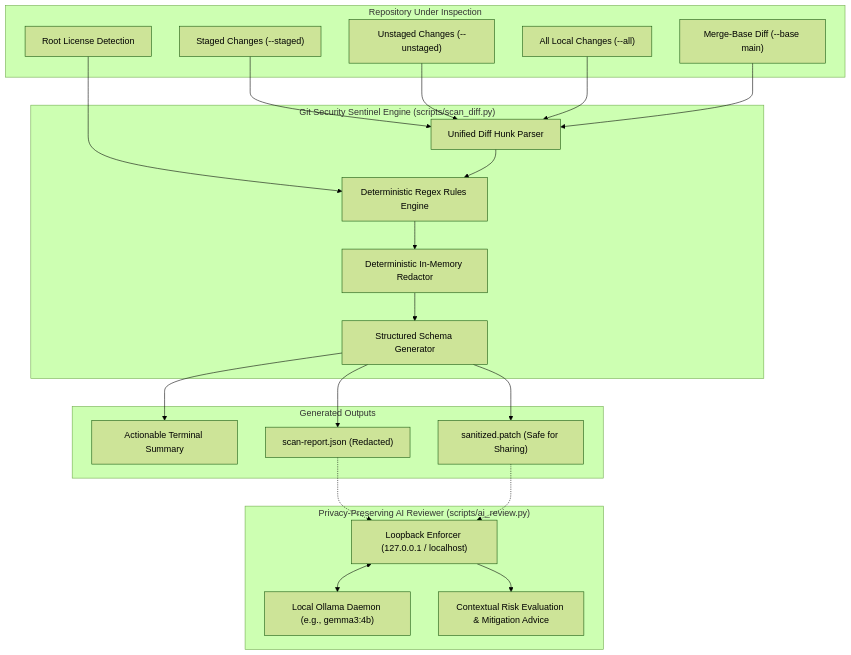
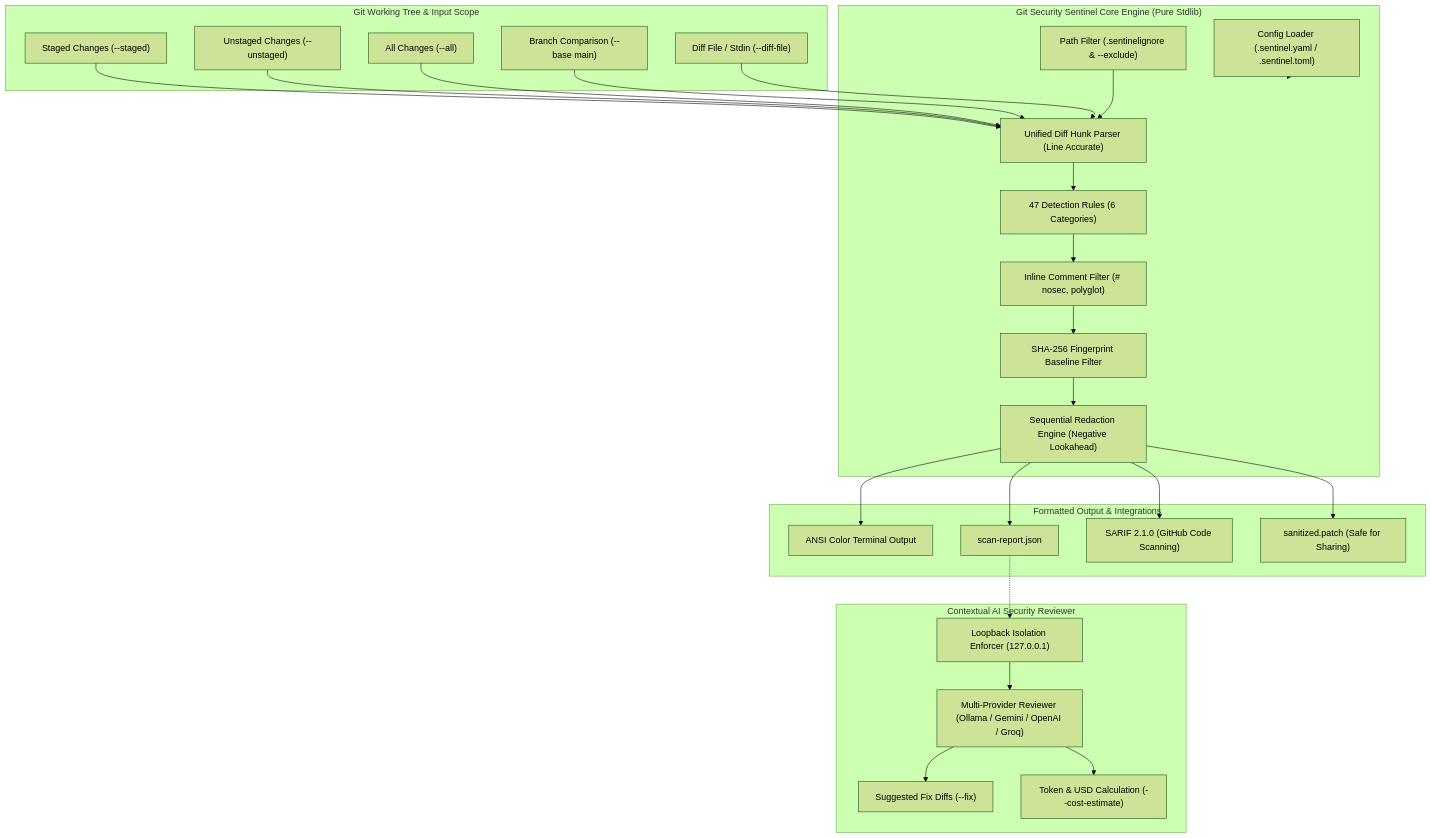
The diagram in README.md (INSVikrant54/Git-Security-Sentinel), drawn with Mermaid (forest theme) before and after one commit. The commit also changed other lines of this file and 9 other files, not shown here.

````diff
--- a/README.md
+++ b/README.md
@@ -94,48 +40,57 @@
 ```mermaid
 flowchart TD
-    subgraph GitRepo ["Repository Under Inspection"]
+    subgraph GitContext ["Git Working Tree & Input Scope"]
         Staged["Staged Changes (--staged)"]
         Unstaged["Unstaged Changes (--unstaged)"]
-        Combined["All Local Changes (--all)"]
-        BranchBase["Merge-Base Diff (--base main)"]
-        LicenseFile["Root License Detection"]
+        All["All Changes (--all)"]
+        BaseBranch["Branch Comparison (--base main)"]
+        DiffStream["Diff File / Stdin (--diff-file)"]
     end
 
-    subgraph CoreEngine ["Git Security Sentinel Engine (scripts/scan_diff.py)"]
-        Parser["Unified Diff Hunk Parser"]
-        RuleMatcher["Deterministic Regex Rules Engine"]
-        Redactor["Deterministic In-Memory Redactor"]
-        JSONSerializer["Structured Schema Generator"]
+    subgraph ScannerCore ["Git Security Sentinel Core Engine (Pure Stdlib)"]
+        DiffParser["Unified Diff Hunk Parser (Line Accurate)"]
+        ConfigLoader["Config Loader (.sentinel.yaml / .sentinel.toml)"]
+        PathFilter["Path Filter (.sentinelignore & --exclude)"]
+        RuleCatalog["47 Detection Rules (6 Categories)"]
+        Suppression["Inline Comment Filter (# nosec, polyglot)"]
+        Baseline["SHA-256 Fingerprint Baseline Filter"]
+        Redactor["Sequential Redaction Engine (Negative Lookahead)"]
     end
 
-    subgraph Artifacts ["Generated Outputs"]
-        TerminalOut["Actionable Terminal Summary"]
-        JSONReport["scan-report.json (Redacted)"]
-        SanitizedPatch["sanitized.patch (Safe for Sharing)"]
+    subgraph OutputTargets ["Formatted Output & Integrations"]
+        Terminal["ANSI Color Terminal Output"]
+        JSONReport["scan-report.json"]
+        SARIFReport["SARIF 2.1.0 (GitHub Code Scanning)"]
+        RedactedPatch["sanitized.patch (Safe for Sharing)"]
     end
 
-    subgraph OptionalAI ["Privacy-Preserving AI Reviewer (scripts/ai_review.py)"]
-        LoopbackGuard["Loopback Enforcer (127.0.0.1 / localhost)"]
-        LocalOllama["Local Ollama Daemon (e.g., gemma3:4b)"]
-        AIReport["Contextual Risk Evaluation & Mitigation Advice"]
+    subgraph OptionalAI ["Contextual AI Security Reviewer"]
+        LoopbackGuard["Loopback Isolation Enforcer (127.0.0.1)"]
+        AIReviewer["Multi-Provider Reviewer (Ollama / Gemini / OpenAI / Groq)"]
+        RemediationDiff["Suggested Fix Diffs (--fix)"]
+        CostEstimate["Token & USD Calculation (--cost-estimate)"]
     end
 
-    Staged --> Parser
-    Unstaged --> Parser
-    Combined --> Parser
-    BranchBase --> Parser
-    LicenseFile --> RuleMatcher
+    Staged --> DiffParser
+    Unstaged --> DiffParser
+    All --> DiffParser
+    BaseBranch --> DiffParser
+    DiffStream --> DiffParser
 
-    Parser --> RuleMatcher
-    RuleMatcher --> Redactor
-    Redactor --> JSONSerializer
+    ConfigLoader -.-> ScannerCore
+    PathFilter --> DiffParser
+    DiffParser --> RuleCatalog
+    RuleCatalog --> Suppression
+    Suppression --> Baseline
+    Baseline --> Redactor
 
-    JSONSerializer --> TerminalOut
-    JSONSerializer --> JSONReport
-    JSONSerializer --> SanitizedPatch
+    Redactor --> Terminal
+    Redactor --> JSONReport
+    Redactor --> SARIFReport
+    Redactor --> RedactedPatch
 
     JSONReport -.-> LoopbackGuard
-    SanitizedPatch -.-> LoopbackGuard
-    LoopbackGuard <--> LocalOllama
-    LoopbackGuard --> AIReport
+    LoopbackGuard --> AIReviewer
+    AIReviewer --> RemediationDiff
+    AIReviewer --> CostEstimate
 ```
````
